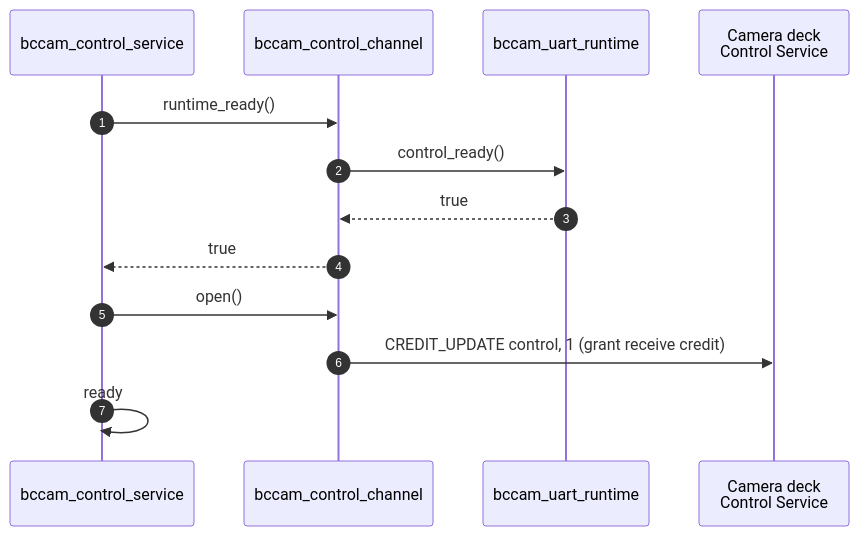
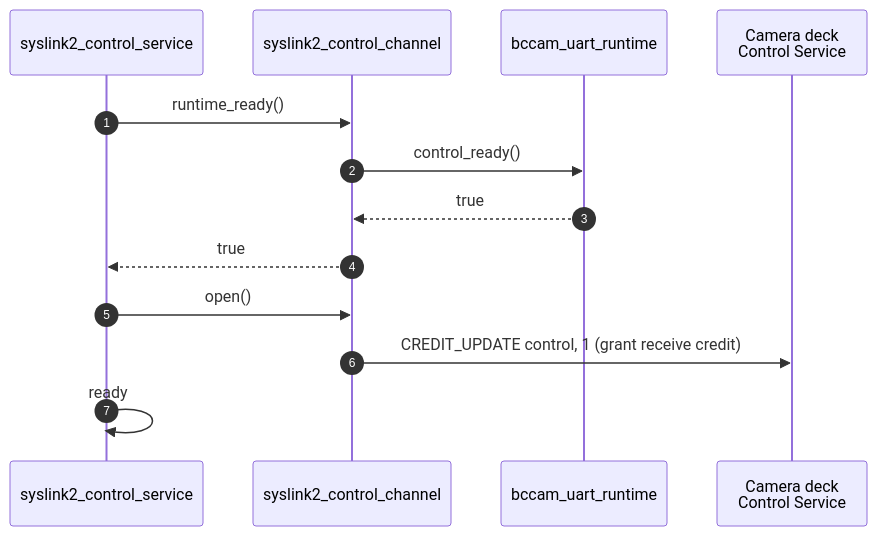
One commit to bitcraze/crazyflie-firmware changed the seventh of 10 diagrams in docs/functional-areas/camera-deck-control.md. Above: the diagram before and after it, drawn with Mermaid. The commit also changed other lines of this file, not shown here.

Commit message:
docs: Renamed bccam_ to syslink2_

````diff
--- a/docs/functional-areas/camera-deck-control.md
+++ b/docs/functional-areas/camera-deck-control.md
@@ -761,16 +761,16 @@
 ```mermaid
 sequenceDiagram
     autonumber
-    participant CS as bccam_control_service
-    participant Ch as bccam_control_channel
+    participant CS as syslink2_control_service
+    participant Ch as syslink2_control_channel
     participant R as bccam_uart_runtime
     participant D as Camera deck<br/>Control Service
 
     CS->>Ch: runtime_ready()
     Ch->>R: control_ready()
     R-->>Ch: true
     Ch-->>CS: true
     CS->>Ch: open()
     Ch->>D: CREDIT_UPDATE control, 1 (grant receive credit)
     CS->>CS: ready
 ```
````
